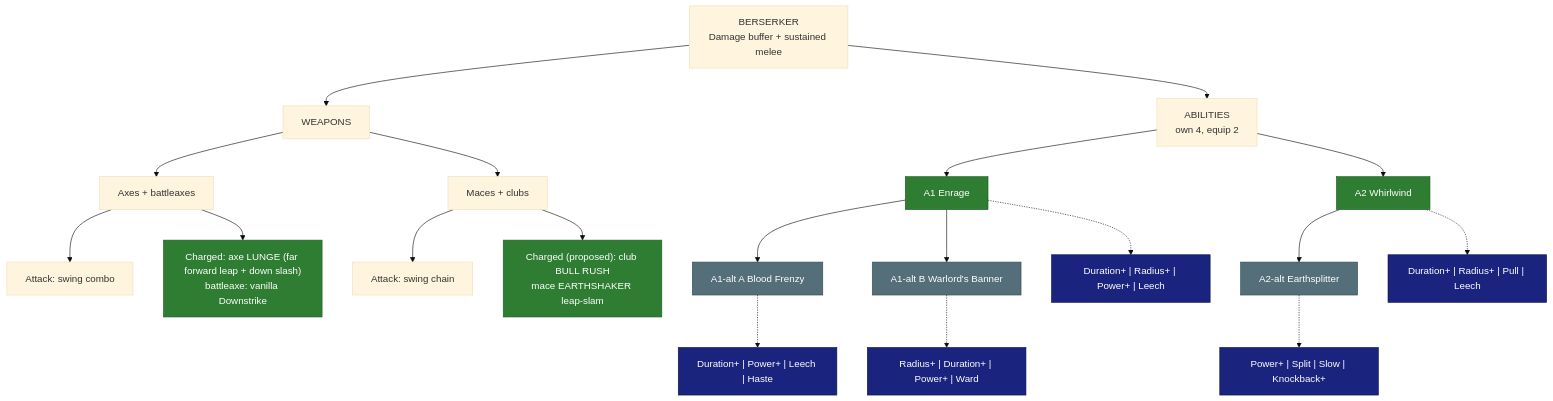
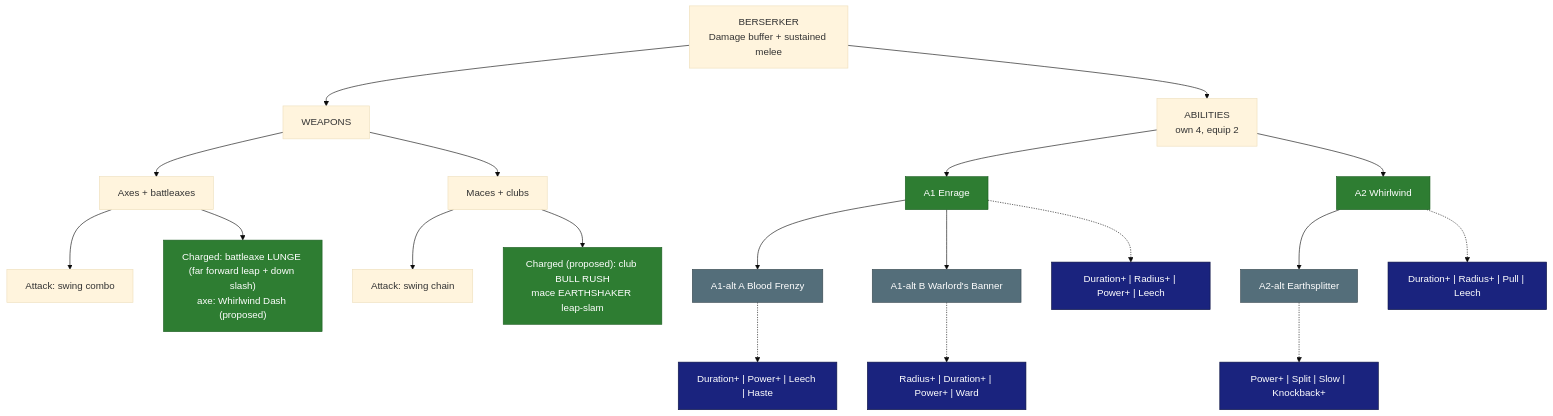
The diagram in research/classes/Berserker.md (SkyyPlayz/SkyyWynnBlock), drawn with Mermaid (base theme) before and after one commit. The commit also changed other lines of this file and 2 other files, not shown here.

Commit message:
Berserker: battleaxes Lunge; propose Whirlwind Dash for axes

````diff
--- a/research/classes/Berserker.md
+++ b/research/classes/Berserker.md
@@ -16,29 +16,29 @@
 ```mermaid
 flowchart TD
   CLS["BERSERKER<br/>Damage buffer + sustained melee"]
   CLS --> WPN["WEAPONS"]
   CLS --> ABL["ABILITIES<br/>own 4, equip 2"]
   WPN --> AX["Axes + battleaxes"]
   AX --> AXa["Attack: swing combo"]
-  AX --> AXc["Charged: axe LUNGE (far forward leap + down slash)<br/>battleaxe: vanilla Downstrike"]
+  AX --> AXc["Charged: battleaxe LUNGE (far forward leap + down slash)<br/>axe: Whirlwind Dash (proposed)"]
   WPN --> MC["Maces + clubs"]
   MC --> MCa["Attack: swing chain"]
   MC --> MCc["Charged (proposed): club BULL RUSH<br/>mace EARTHSHAKER leap-slam"]
   ABL --> A1["A1 Enrage"]
   A1 --> A1A["A1-alt A Blood Frenzy"]
   A1 --> A1B["A1-alt B Warlord's Banner"]
   ABL --> A2["A2 Whirlwind"]
   A2 --> A2X["A2-alt Earthsplitter"]
   A1 -.-> M1["Duration+ | Radius+ | Power+ | Leech"]
   A1A -.-> M2["Duration+ | Power+ | Leech | Haste"]
   A1B -.-> M3["Radius+ | Duration+ | Power+ | Ward"]
   A2 -.-> M4["Duration+ | Radius+ | Pull | Leech"]
   A2X -.-> M5["Power+ | Split | Slow | Knockback+"]
   classDef locked fill:#2e7d32,color:#fff,stroke:#1b5e20
   classDef proposed fill:#546e7a,color:#fff,stroke:#37474f
   classDef open fill:#e65100,color:#fff,stroke:#bf360c
   classDef mods fill:#1a237e,color:#fff,stroke:#0d1442
   class A1,A2,AXc,MCc locked
   class A1A,A1B,A2X proposed
   class M1,M2,M3,M4,M5 mods
 ```
````
